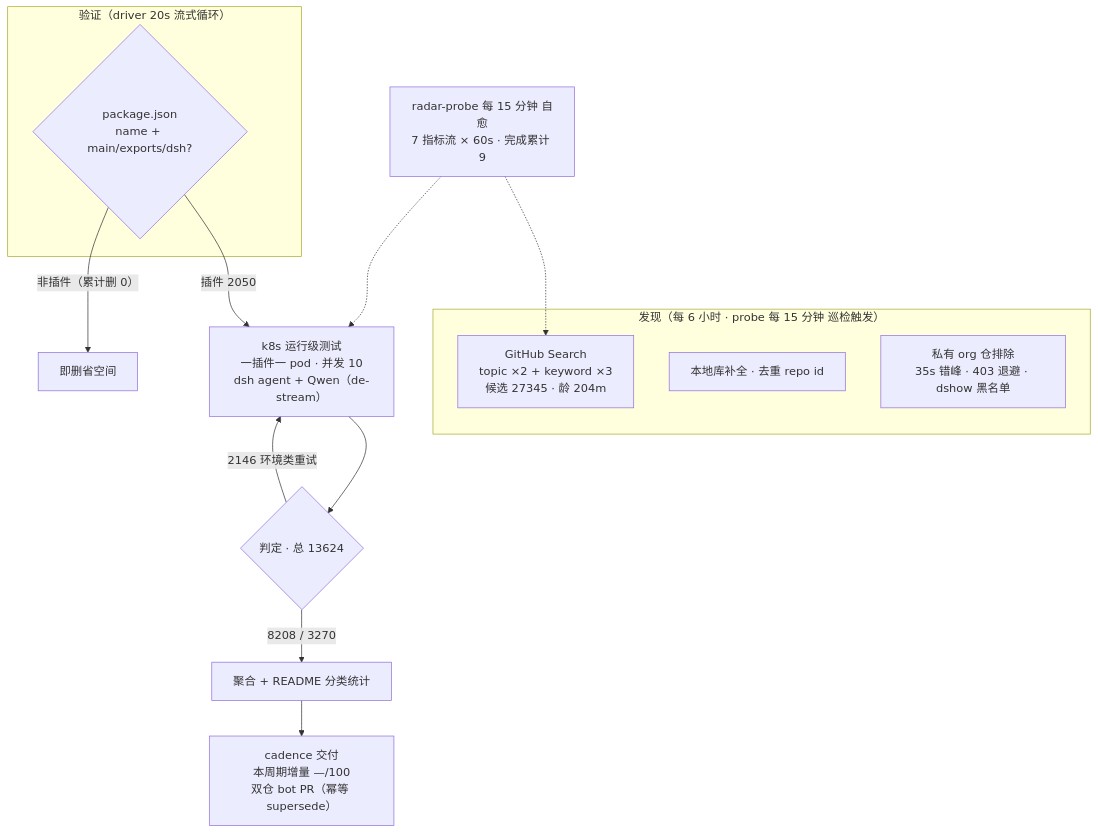
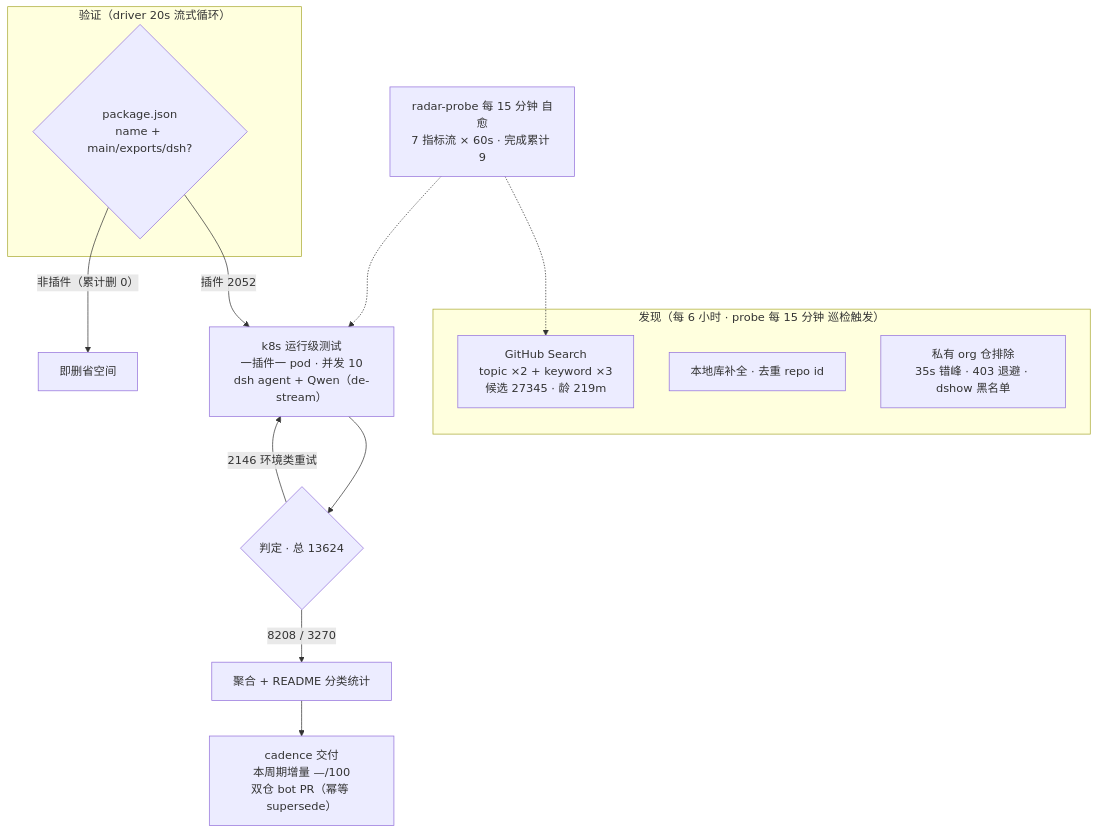
One commit to Zhidao-Lab-OSS/awesome-dsh-plugins changed the diagram in README.md. Above: the diagram before and after it, drawn with Mermaid. The commit also changed other lines of this file and 1 other file, not shown here.

````diff
--- a/README.md
+++ b/README.md
@@ -54,20 +54,20 @@
 ```mermaid
 flowchart TB
     subgraph Discovery["发现（每 6 小时 · probe 每 15 分钟 巡检触发）"]
-        A1["GitHub Search<br/>topic ×2 + keyword ×3<br/>候选 27345 · 龄 204m"]
+        A1["GitHub Search<br/>topic ×2 + keyword ×3<br/>候选 27345 · 龄 219m"]
         A2["本地库补全 · 去重 repo id"]
         A3["私有 org 仓排除<br/>35s 错峰 · 403 退避 · dshow 黑名单"]
     end
     subgraph Validation["验证（driver 20s 流式循环）"]
         B1{"package.json<br/>name + main/exports/dsh?"}
     end
-    B1 -->|"插件 2050"| C1["k8s 运行级测试<br/>一插件一 pod · 并发 10<br/>dsh agent + Qwen（de-stream）"]
+    B1 -->|"插件 2052"| C1["k8s 运行级测试<br/>一插件一 pod · 并发 10<br/>dsh agent + Qwen（de-stream）"]
     B1 -->|"非插件（累计删 0）"| B3["即删省空间"]
     C1 --> D1{"判定 · 总 13624"}
     D1 -->|"8208 / 3270"| E1["聚合 + README 分类统计"]
     D1 -->|"2146 环境类重试"| C1
     E1 --> E2["cadence 交付<br/>本周期增量 —/100<br/>双仓 bot PR（幂等 supersede）"]
     M["radar-probe 每 15 分钟 自愈<br/>7 指标流 × 60s · 完成累计 9"]
     M -.-> A1
     M -.-> C1
 ```
````
